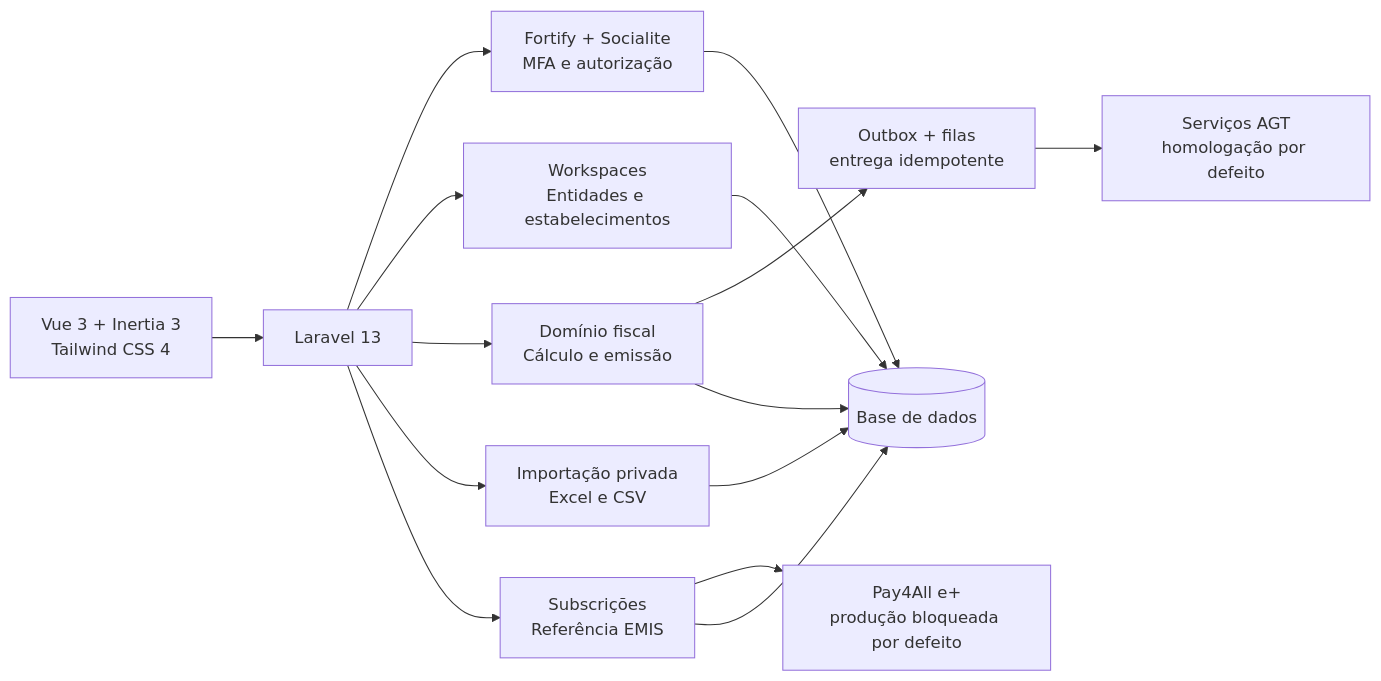
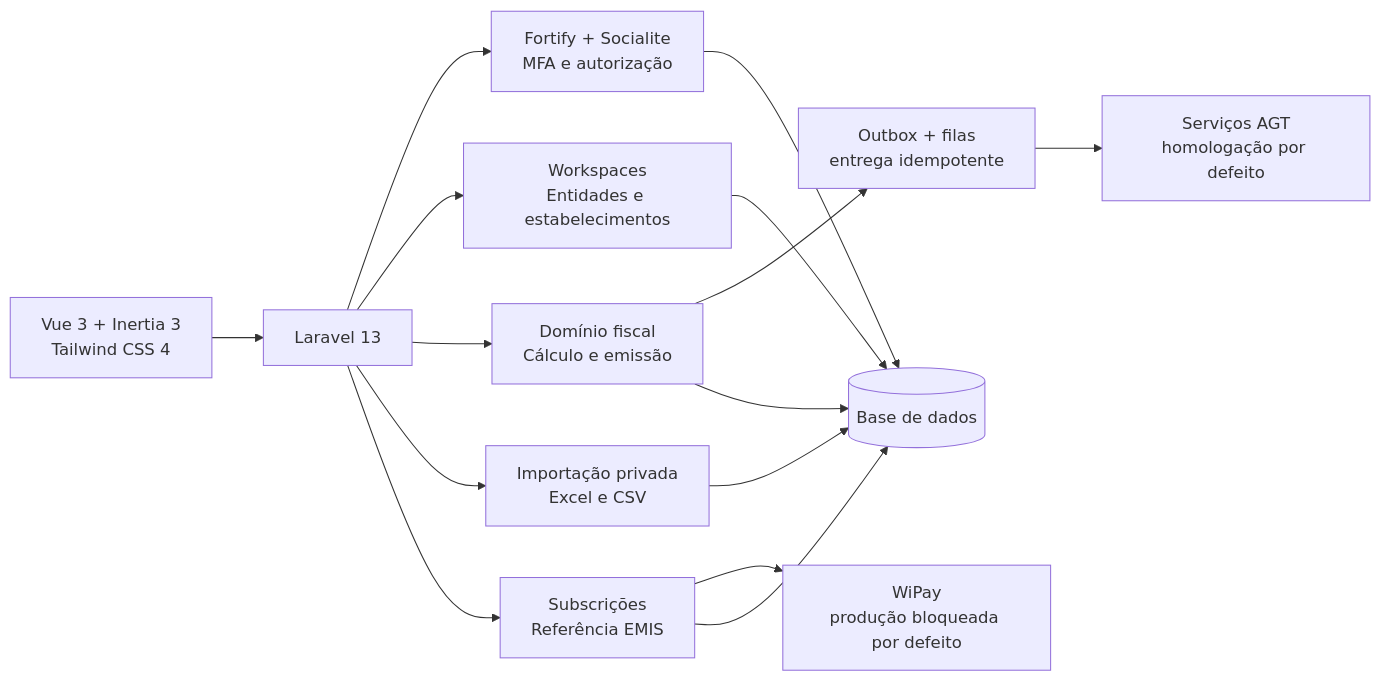
Before and after one commit to omdesignz/facturac-ao: the diagram in README.md, drawn with Mermaid. The commit also changed other lines of this file and 36 other files, not shown here.

````diff
--- a/README.md
+++ b/README.md
@@ -47,20 +47,20 @@
 ```mermaid
 flowchart LR
     UI["Vue 3 + Inertia 3<br/>Tailwind CSS 4"] --> APP["Laravel 13"]
 
     APP --> ID["Fortify + Socialite<br/>MFA e autorização"]
     APP --> TENANT["Workspaces<br/>Entidades e estabelecimentos"]
     APP --> FISCAL["Domínio fiscal<br/>Cálculo e emissão"]
     APP --> IMPORTS["Importação privada<br/>Excel e CSV"]
     APP --> BILLING["Subscrições<br/>Referência EMIS"]
 
     FISCAL --> OUTBOX["Outbox + filas<br/>entrega idempotente"]
     OUTBOX --> AGT["Serviços AGT<br/>homologação por defeito"]
-    BILLING --> PAY4ALL["Pay4All e+<br/>produção bloqueada por defeito"]
+    BILLING --> WIPAY["WiPay<br/>produção bloqueada por defeito"]
 
     ID --> DB[("Base de dados")]
     TENANT --> DB
     FISCAL --> DB
     IMPORTS --> DB
     BILLING --> DB
 ```
````
